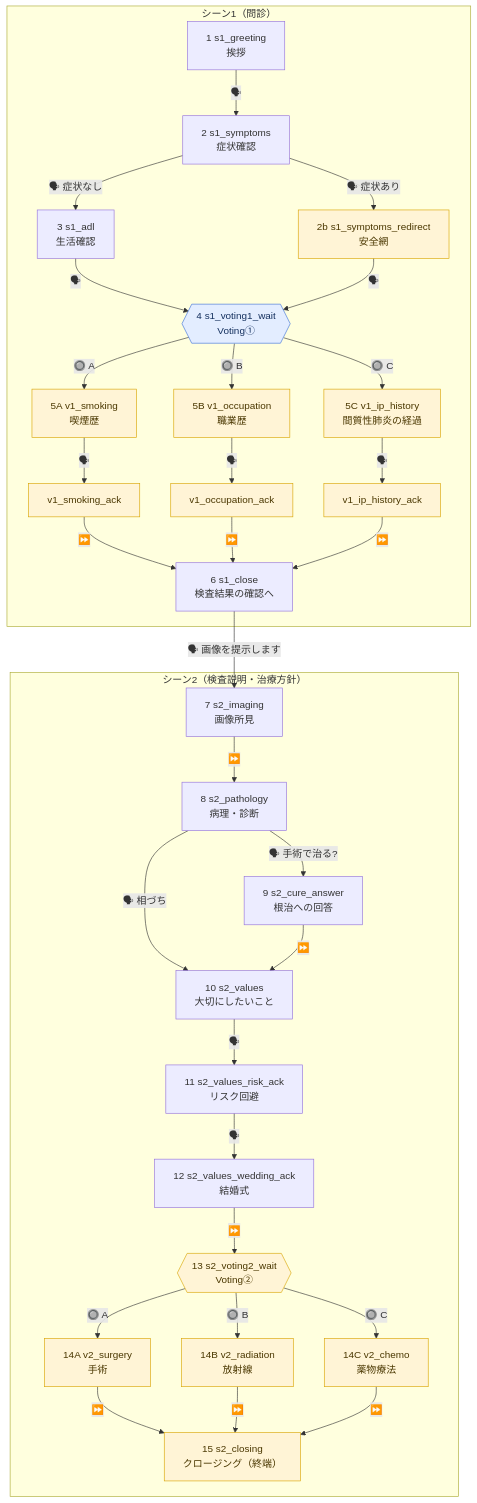
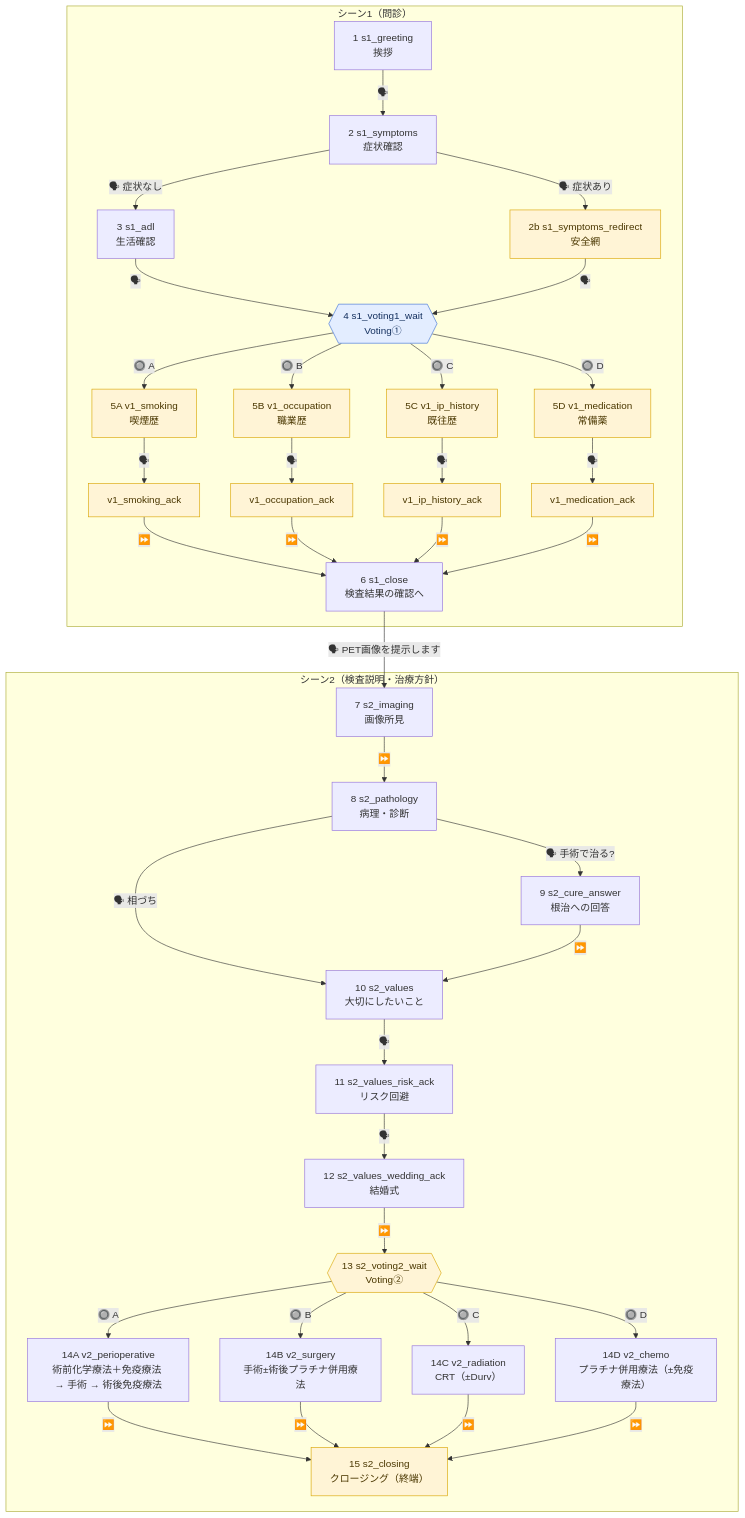
Before and after one commit to Kohei-Arita/yamamoto-avatar-scenario: the diagram in docs/scenario-map.md, drawn with Mermaid. The commit also changed other lines of this file and 9 other files, not shown here.

````diff
--- a/docs/scenario-map.md
+++ b/docs/scenario-map.md
@@ -13,36 +24,39 @@
 ```mermaid
 flowchart TD
   classDef ph fill:#fff4d6,stroke:#d9a400,color:#4a3700
   classDef vote fill:#e3edff,stroke:#3b6fd8,color:#15315f
 
   subgraph SC1["シーン1（問診）"]
     s1_greeting["1 s1_greeting<br/>挨拶"] -->|🗣| s1_symptoms["2 s1_symptoms<br/>症状確認"]
     s1_symptoms -->|"🗣 症状なし"| s1_adl["3 s1_adl<br/>生活確認"]
     s1_symptoms -->|"🗣 症状あり"| s1_symptoms_redirect["2b s1_symptoms_redirect<br/>安全網"]:::ph
     s1_adl -->|🗣| s1_voting1_wait{{"4 s1_voting1_wait<br/>Voting①"}}:::vote
     s1_symptoms_redirect -->|🗣| s1_voting1_wait
     s1_voting1_wait -->|"🔘 A"| v1_smoking["5A v1_smoking<br/>喫煙歴"]:::ph
     s1_voting1_wait -->|"🔘 B"| v1_occupation["5B v1_occupation<br/>職業歴"]:::ph
-    s1_voting1_wait -->|"🔘 C"| v1_ip_history["5C v1_ip_history<br/>間質性肺炎の経過"]:::ph
+    s1_voting1_wait -->|"🔘 C"| v1_ip_history["5C v1_ip_history<br/>既往歴"]:::ph
+    s1_voting1_wait -->|"🔘 D"| v1_medication["5D v1_medication<br/>常備薬"]:::ph
     v1_smoking -->|🗣| v1_smoking_ack["v1_smoking_ack"]:::ph
     v1_occupation -->|🗣| v1_occupation_ack["v1_occupation_ack"]:::ph
     v1_ip_history -->|🗣| v1_ip_history_ack["v1_ip_history_ack"]:::ph
-    v1_smoking_ack & v1_occupation_ack & v1_ip_history_ack -->|⏩| s1_close["6 s1_close<br/>検査結果の確認へ"]
+    v1_medication -->|🗣| v1_medication_ack["v1_medication_ack"]:::ph
+    v1_smoking_ack & v1_occupation_ack & v1_ip_history_ack & v1_medication_ack -->|⏩| s1_close["6 s1_close<br/>検査結果の確認へ"]
   end
 
-  s1_close -->|"🗣 画像を提示します"| s2_imaging
+  s1_close -->|"🗣 PET画像を提示します"| s2_imaging
 
   subgraph SC2["シーン2（検査説明・治療方針）"]
     s2_imaging["7 s2_imaging<br/>画像所見"] -->|⏩| s2_pathology["8 s2_pathology<br/>病理・診断"]
     s2_pathology -->|"🗣 手術で治る?"| s2_cure_answer["9 s2_cure_answer<br/>根治への回答"]
     s2_pathology -->|"🗣 相づち"| s2_values["10 s2_values<br/>大切にしたいこと"]
     s2_cure_answer -->|⏩| s2_values
     s2_values -->|🗣| s2_values_risk_ack["11 s2_values_risk_ack<br/>リスク回避"]
     s2_values_risk_ack -->|🗣| s2_values_wedding_ack["12 s2_values_wedding_ack<br/>結婚式"]
     s2_values_wedding_ack -->|⏩| s2_voting2_wait{{"13 s2_voting2_wait<br/>Voting②"}}:::ph
-    s2_voting2_wait -->|"🔘 A"| v2_surgery["14A v2_surgery<br/>手術"]:::ph
-    s2_voting2_wait -->|"🔘 B"| v2_radiation["14B v2_radiation<br/>放射線"]:::ph
-    s2_voting2_wait -->|"🔘 C"| v2_chemo["14C v2_chemo<br/>薬物療法"]:::ph
-    v2_surgery & v2_radiation & v2_chemo -->|⏩| s2_closing["15 s2_closing<br/>クロージング（終端）"]:::ph
+    s2_voting2_wait -->|"🔘 A"| v2_perioperative["14A v2_perioperative<br/>術前化学療法＋免疫療法 → 手術 → 術後免疫療法"]
+    s2_voting2_wait -->|"🔘 B"| v2_surgery["14B v2_surgery<br/>手術±術後プラチナ併用療法"]
+    s2_voting2_wait -->|"🔘 C"| v2_radiation["14C v2_radiation<br/>CRT（±Durv）"]
+    s2_voting2_wait -->|"🔘 D"| v2_chemo["14D v2_chemo<br/>プラチナ併用療法（±免疫療法）"]
+    v2_perioperative & v2_surgery & v2_radiation & v2_chemo -->|⏩| s2_closing["15 s2_closing<br/>クロージング（終端）"]:::ph
   end
 ```
````
